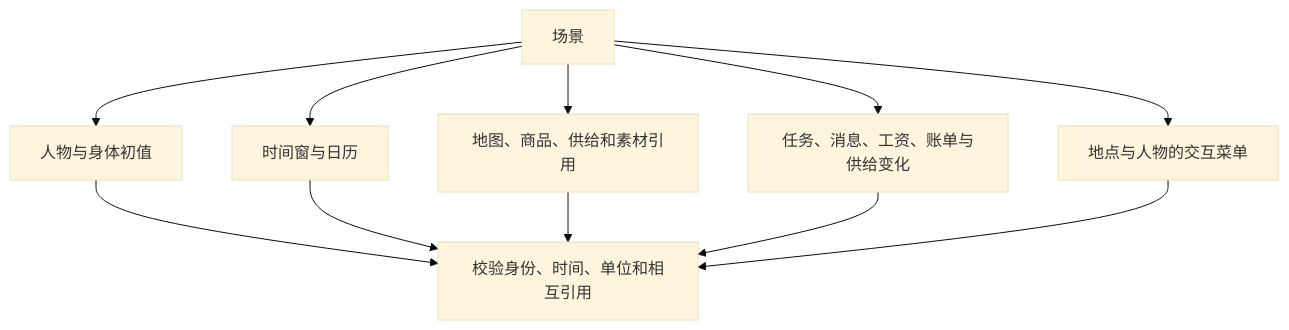
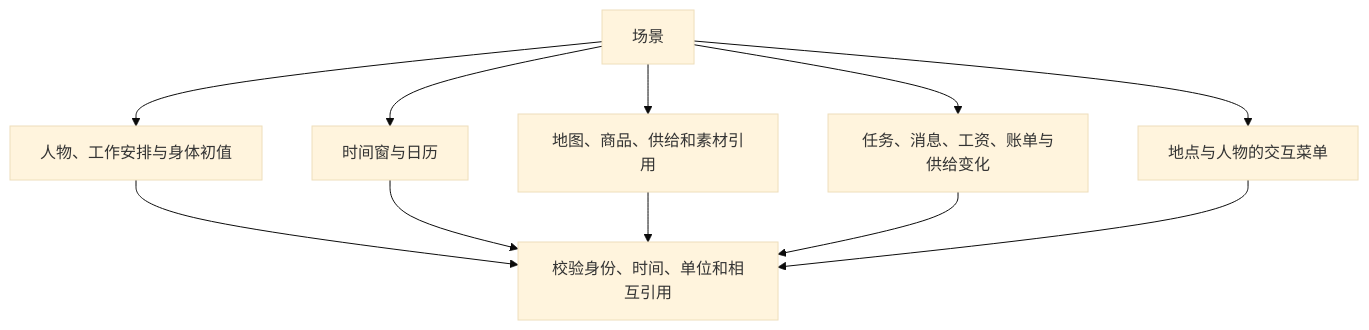
One commit to HoldThatThgt/WorldMock changed the first of 2 diagrams in docs/manual/scenarios.md. Above: the diagram before and after it, drawn with Mermaid (base theme). The commit also changed other lines of this file and 23 other files, not shown here.

````diff
--- a/docs/manual/scenarios.md
+++ b/docs/manual/scenarios.md
@@ -25,13 +26,13 @@
 ```mermaid
 flowchart TB
-    SCENE[场景] --> PEOPLE[人物与身体初值]
+    SCENE[场景] --> PEOPLE[人物、工作安排与身体初值]
     SCENE --> TIME[时间窗与日历]
     SCENE --> WORLD[地图、商品、供给和素材引用]
     SCENE --> EVENTS[任务、消息、工资、账单与供给变化]
     SCENE --> MENU[地点与人物的交互菜单]
     PEOPLE --> LOAD[校验身份、时间、单位和相互引用]
     TIME --> LOAD
     WORLD --> LOAD
     EVENTS --> LOAD
     MENU --> LOAD
 ```
````
